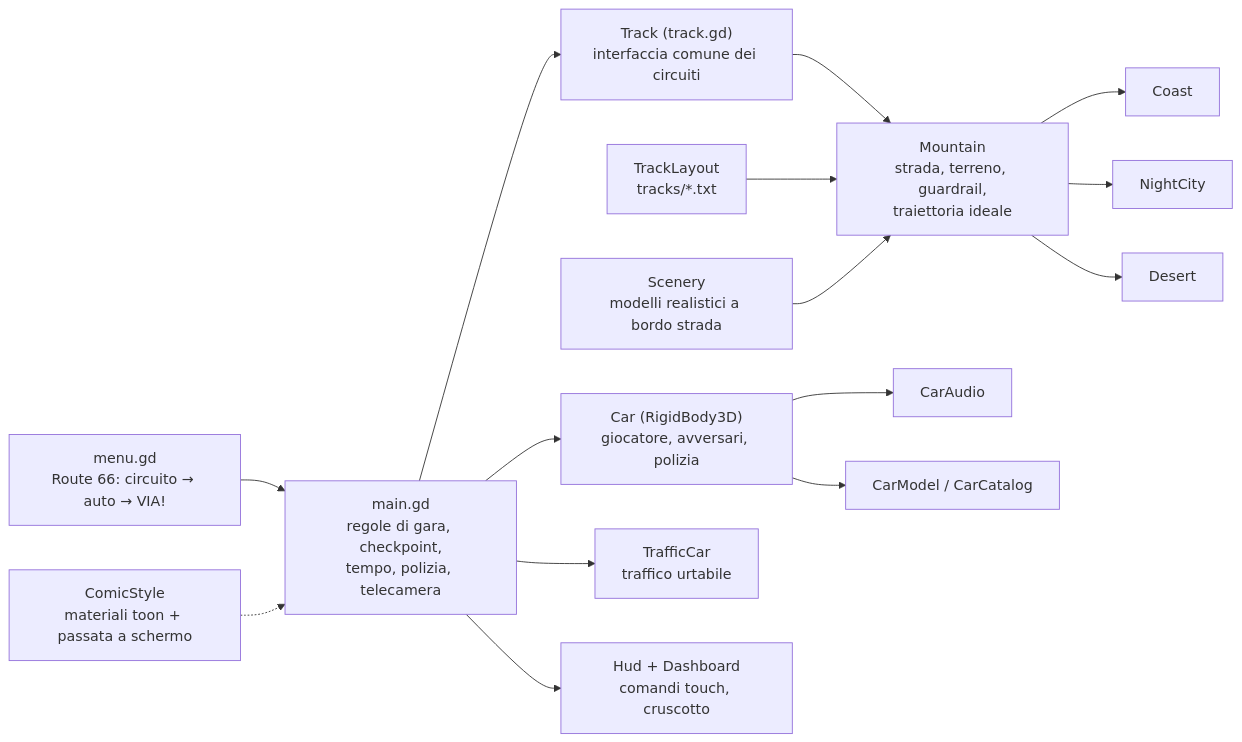
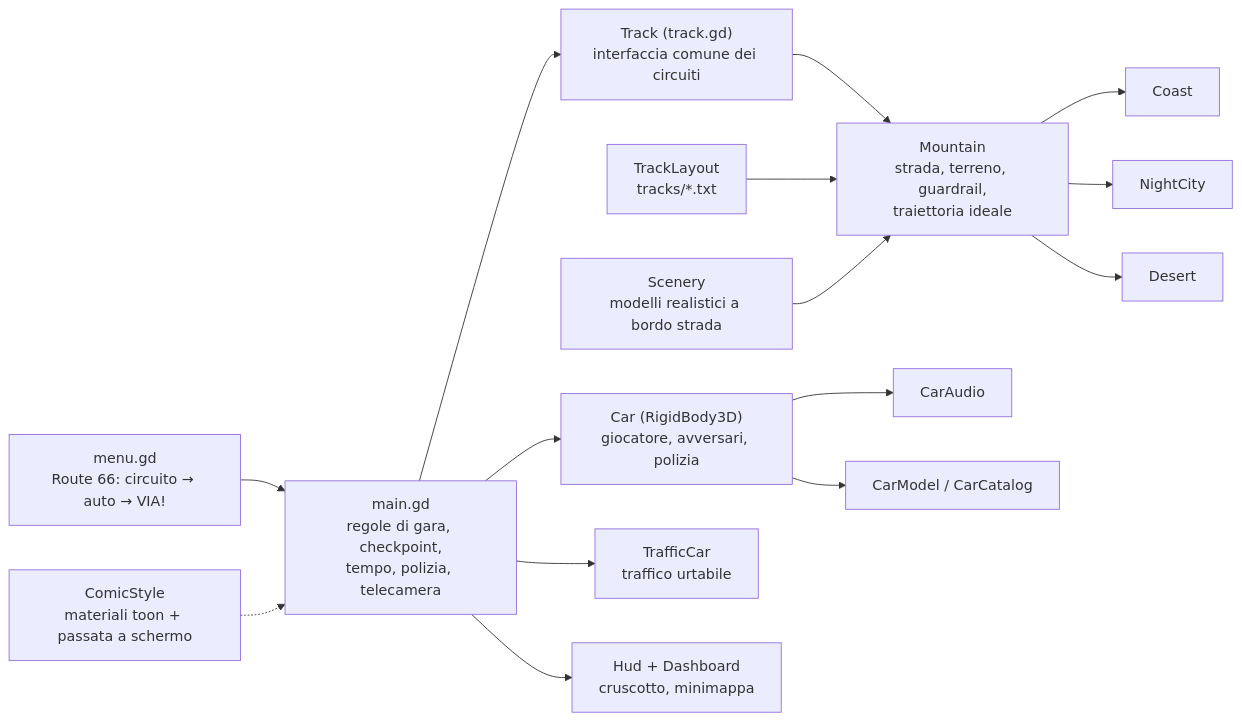
The first of 2 diagrams in docs/TECNICO.md (stefanopaglierani/nitro-underground), drawn with Mermaid before and after one commit. The commit also changed 8 other files, not shown here.

````diff
--- a/docs/TECNICO.md
+++ b/docs/TECNICO.md
@@ -47,15 +47,15 @@
 ```mermaid
 flowchart LR
     Menu["menu.gd<br/>Route 66: circuito → auto → VIA!"] --> Main["main.gd<br/>regole di gara, checkpoint,<br/>tempo, polizia, telecamera"]
     Main --> Track["Track (track.gd)<br/>interfaccia comune dei circuiti"]
     Track --> Mountain["Mountain<br/>strada, terreno, guardrail,<br/>traiettoria ideale"]
     Mountain --> Coast & Night["NightCity"] & Desert
     Layout["TrackLayout<br/>tracks/*.txt"] --> Mountain
     Scenery["Scenery<br/>modelli realistici a bordo strada"] --> Mountain
     Main --> Car["Car (RigidBody3D)<br/>giocatore, avversari, polizia"]
     Car --> CarAudio["CarAudio"]
     Car --> CarModel["CarModel / CarCatalog"]
     Main --> Traffic["TrafficCar<br/>traffico urtabile"]
-    Main --> Hud["Hud + Dashboard<br/>comandi touch, cruscotto"]
+    Main --> Hud["Hud + Dashboard<br/>cruscotto, minimappa"]
     Comic["ComicStyle<br/>materiali toon + passata a schermo"] -.-> Main
 ```
````
